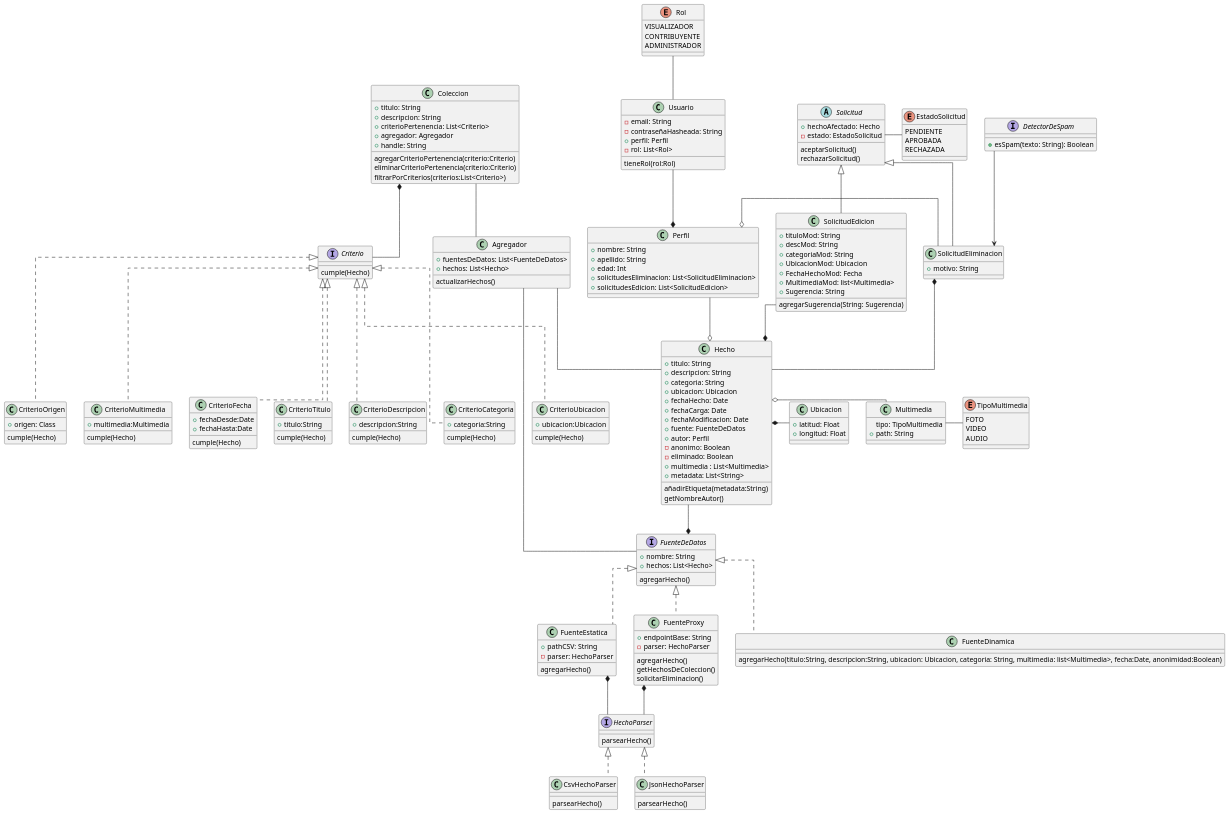
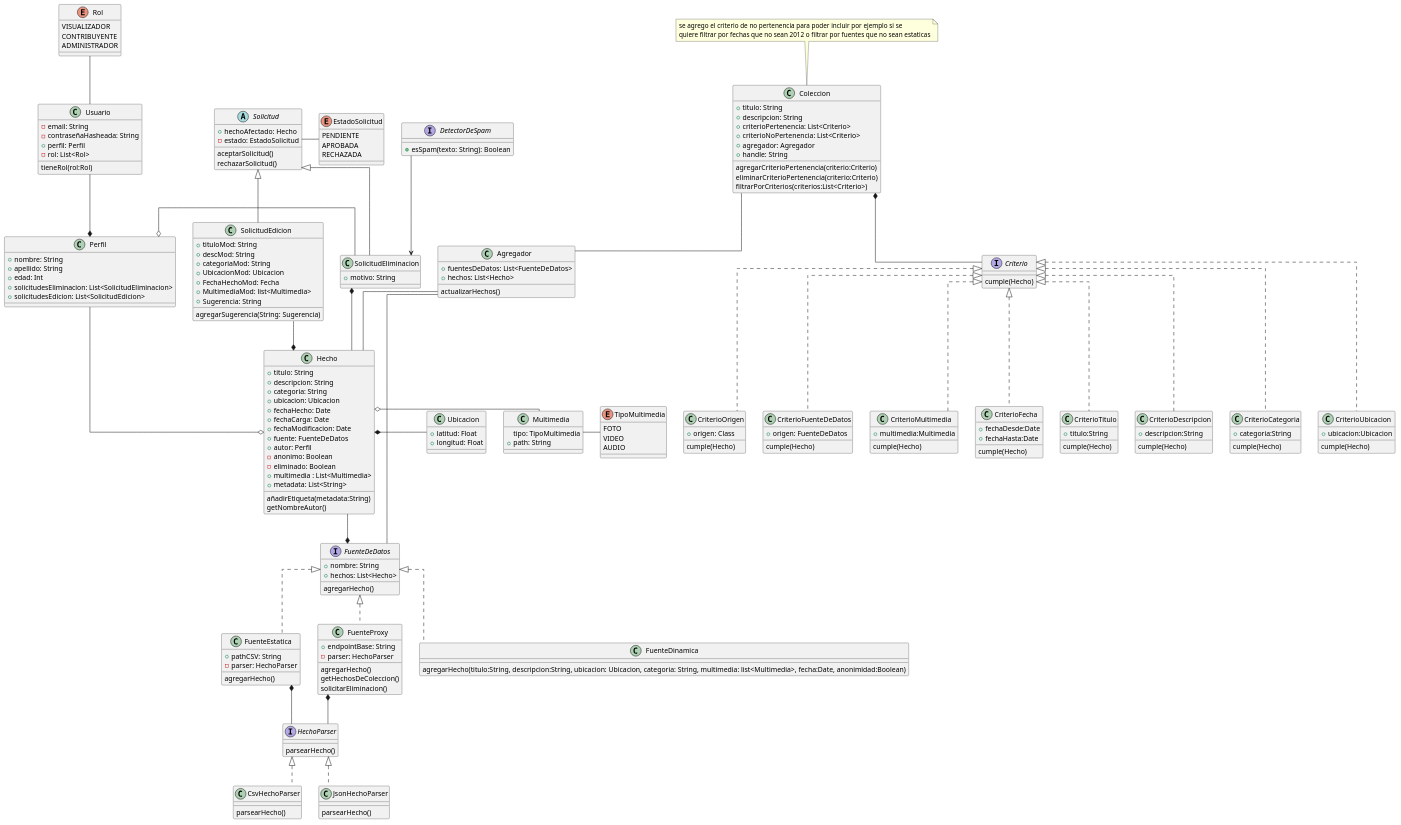
One commit to ITantucci/TP-DDSI changed the diagram in Entrega 2/Diagrama de clases - Entrega 2.puml. Above: the diagram before and after it, drawn with PlantUML. The commit also changed 3 other files, not shown here.

Commit message:
Diagrama de componentes completado

```diff
--- a/Entrega 2/Diagrama de clases - Entrega 2.puml
+++ b/Entrega 2/Diagrama de clases - Entrega 2.puml
@@ -118,13 +118,17 @@
     +titulo: String
     +descripcion: String
     +criterioPertenencia: List<Criterio>
+    +criterioNoPertenencia: List<Criterio> 
     +agregador: Agregador
     +handle: String
     {method}agregarCriterioPertenencia(criterio:Criterio)
     {method}eliminarCriterioPertenencia(criterio:Criterio)
     {method}filtrarPorCriterios(criterios:List<Criterio>)
 }
-
+note top of Coleccion
+se agrego el criterio de no pertenencia para poder incluir por ejemplo si se 
+quiere filtrar por fechas que no sean 2012 o filtrar por fuentes que no sean estaticas
+end note
 '-------------------Interfaz solicitud--------------------
 Abstract Solicitud{
     +hechoAfectado: Hecho
@@ -215,6 +219,10 @@
     +origen: Class
     {method}cumple(Hecho)
 }
+class CriterioFuenteDeDatos implements Criterio{
+    +origen: FuenteDeDatos
+    {method}cumple(Hecho)
+}
 class CriterioMultimedia implements Criterio{
     +multimedia:Multimedia
     {method}cumple(Hecho)
```
